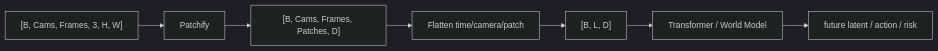
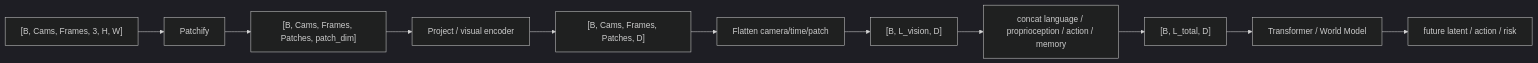
One commit to Charles2530/Charles-AI-notes changed the diagram in files/foundations/tensors-shapes-and-computation-graphs.md. Above: the diagram before and after it, drawn with Mermaid (dark theme). The commit also changed other lines of this file, not shown here.

````diff
--- a/files/foundations/tensors-shapes-and-computation-graphs.md
+++ b/files/foundations/tensors-shapes-and-computation-graphs.md
@@ -106,9 +106,13 @@
 ```mermaid
 flowchart LR
     A["[B, Cams, Frames, 3, H, W]"] --> B["Patchify"]
-    B --> C["[B, Cams, Frames, Patches, D]"]
-    C --> D["Flatten time/camera/patch"]
-    D --> E["[B, L, D]"]
-    E --> F["Transformer / World Model"]
-    F --> G["future latent / action / risk"]
+    B --> C["[B, Cams, Frames, Patches, patch_dim]"]
+    C --> D["Project / visual encoder"]
+    D --> E["[B, Cams, Frames, Patches, D]"]
+    E --> F["Flatten camera/time/patch"]
+    F --> G["[B, L_vision, D]"]
+    G --> H["concat language / proprioception / action / memory"]
+    H --> I["[B, L_total, D]"]
+    I --> J["Transformer / World Model"]
+    J --> K["future latent / action / risk"]
 ```
````
